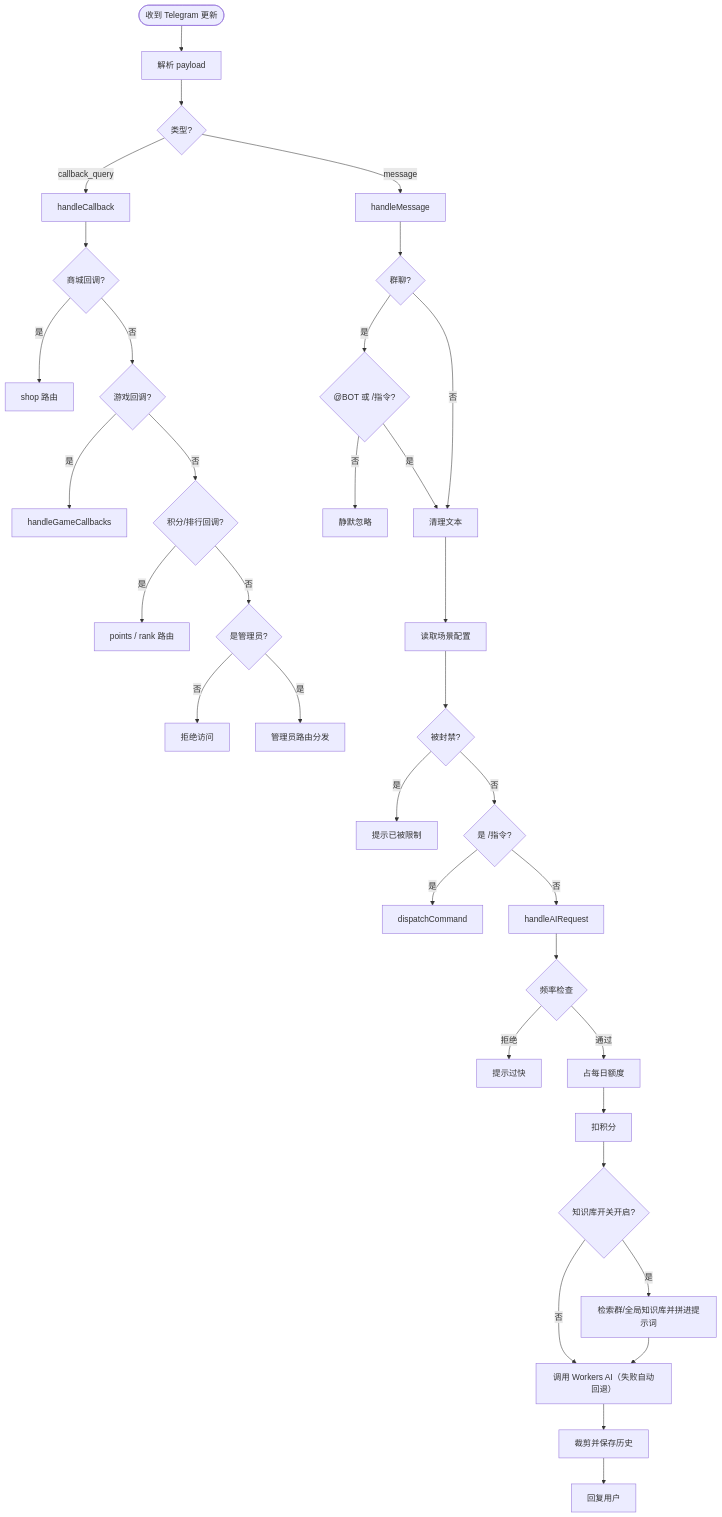
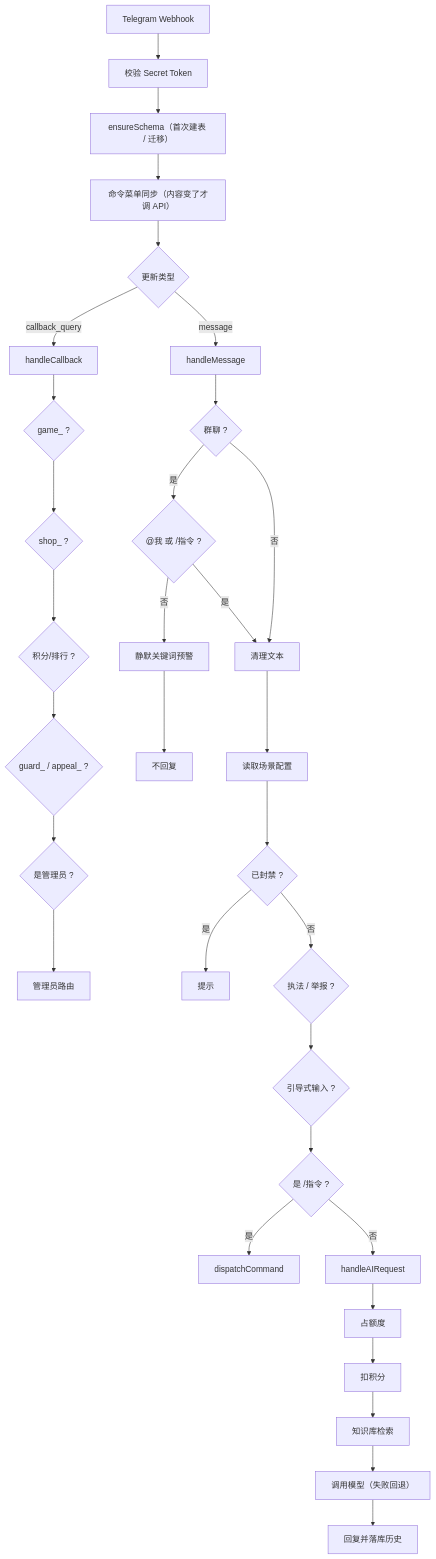
The diagram in README.md (ZooolpMoon/tgbot), drawn with Mermaid before and after one commit. The commit also changed other lines of this file, not shown here.

````diff
--- a/README.md
+++ b/README.md
@@ -539,43 +515,24 @@
 ```mermaid
 flowchart TD
-    Start([收到 Telegram 更新]) --> Parse[解析 payload]
-    Parse --> Type{类型?}
+    Hook["Telegram Webhook"] --> Auth["校验 Secret Token"]
+    Auth --> Schema["ensureSchema（首次建表 / 迁移）"]
+    Schema --> Menu["命令菜单同步（内容变了才调 API）"]
+    Menu --> Type{"更新类型"}
+    Type -->|callback_query| CB["handleCallback"]
+    Type -->|message| MSG["handleMessage"]
 
-    Type -->|callback_query| CB[handleCallback]
-    Type -->|message| MSG[handleMessage]
+    CB --> CBGame{"game_ ?"} --> CBShop{"shop_ ?"} --> CBPoints{"积分/排行 ?"}
+    CBPoints --> CBGuard{"guard_ / appeal_ ?"} --> CBAdmin{"是管理员 ?"} --> CBRoute["管理员路由"]
 
-    CB --> CBShop{商城回调?}
-    CBShop -->|是| ShopRoute[shop 路由]
-    CBShop -->|否| CBGame{游戏回调?}
-    CBGame -->|是| GameDispatch[handleGameCallbacks]
-    CBGame -->|否| CBPoints{积分/排行回调?}
-    CBPoints -->|是| PointsRoute[points / rank 路由]
-    CBPoints -->|否| CBAdmin{是管理员?}
-    CBAdmin -->|否| CBReject[拒绝访问]
-    CBAdmin -->|是| CBAdminRoute[管理员路由分发]
-
-    MSG --> GroupCheck{群聊?}
-    GroupCheck -->|是| MentionCheck{"@BOT 或 /指令?"}
-    MentionCheck -->|否| Silent[静默忽略]
-    MentionCheck -->|是| CleanText[清理文本]
-    GroupCheck -->|否| CleanText
-
-    CleanText --> LoadCfg[读取场景配置]
-    LoadCfg --> Blocked{被封禁?}
-    Blocked -->|是| BlockMsg[提示已被限制]
-    Blocked -->|否| CmdCheck{是 /指令?}
-
-    CmdCheck -->|是| CmdDispatch[dispatchCommand]
-    CmdCheck -->|否| AIRoute[handleAIRequest]
-
-    AIRoute --> RateLimit{频率检查}
-    RateLimit -->|拒绝| RateReject[提示过快]
-    RateLimit -->|通过| Quota[占每日额度]
-    Quota --> Deduct[扣积分]
-    Deduct --> KBSearch{知识库开关开启?}
-    KBSearch -->|是| Retrieve[检索群/全局知识库并拼进提示词]
-    KBSearch -->|否| CallAI
-    Retrieve --> CallAI[调用 Workers AI（失败自动回退）]
-    CallAI --> SaveHistory[裁剪并保存历史]
-    SaveHistory --> Reply[回复用户]
+    MSG --> Group{"群聊 ?"}
+    Group -->|是| Mention{"@我 或 /指令 ?"}
+    Mention -->|否| Alert["静默关键词预警"] --> Ignore["不回复"]
+    Mention -->|是| Clean["清理文本"]
+    Group -->|否| Clean
+    Clean --> Cfg["读取场景配置"] --> Blocked{"已封禁 ?"}
+    Blocked -->|是| BlockMsg["提示"]
+    Blocked -->|否| Guards{"执法 / 举报 ?"} --> Guides{"引导式输入 ?"} --> Cmd{"是 /指令 ?"}
+    Cmd -->|是| Dispatch["dispatchCommand"]
+    Cmd -->|否| AI["handleAIRequest"]
+    AI --> Quota["占额度"] --> Pay["扣积分"] --> RAG["知识库检索"] --> Model["调用模型（失败回退）"] --> Reply["回复并落库历史"]
 ```
````
